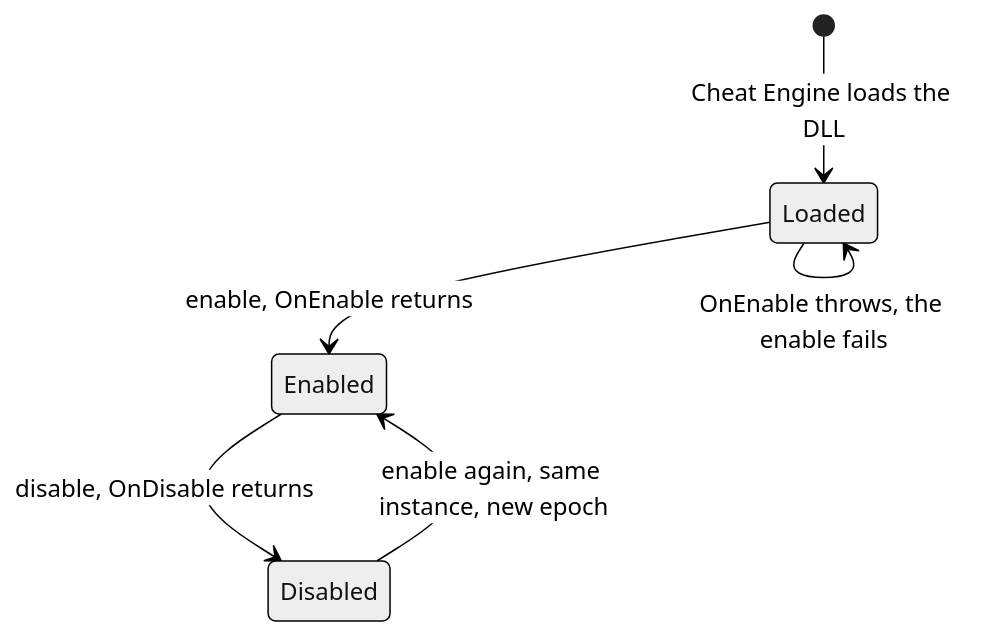
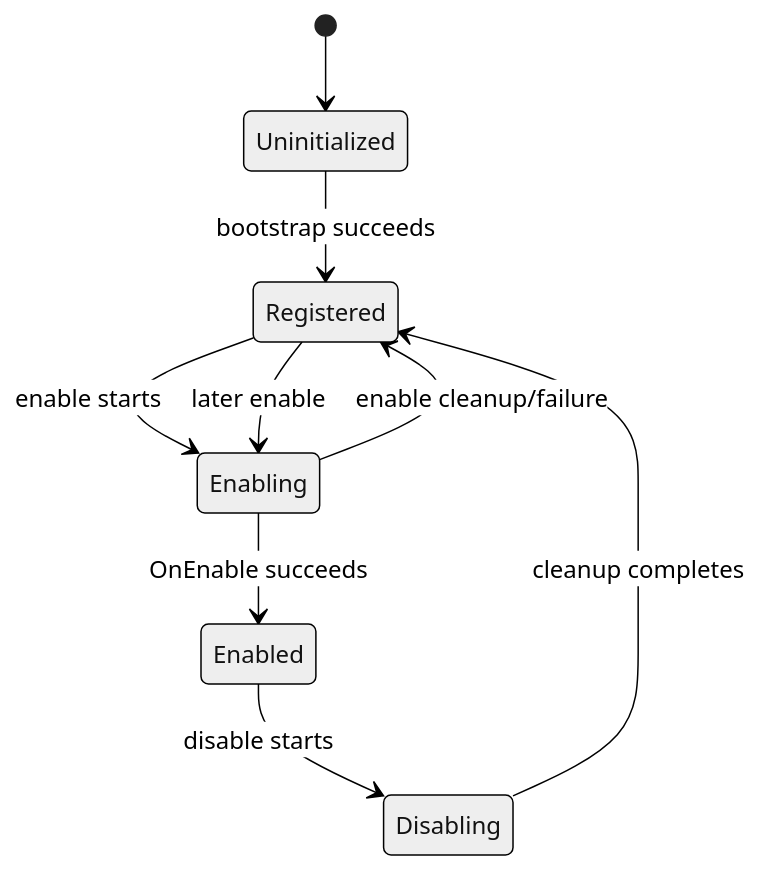
Before and after one commit to CheatEngineNet/CheatEngine.SDK: the second of 2 diagrams in exemples/api/README.md, drawn with Mermaid (neutral theme). The commit also changed other lines of this file and 429 other files, not shown here.

````diff
--- a/exemples/api/README.md
+++ b/exemples/api/README.md
@@ -126,8 +136,11 @@
 ```mermaid
 stateDiagram-v2
-    [*] --> Loaded: Cheat Engine loads the DLL
-    Loaded --> Enabled: enable, OnEnable returns
-    Enabled --> Disabled: disable, OnDisable returns
-    Disabled --> Enabled: enable again, same instance, new epoch
-    Loaded --> Loaded: OnEnable throws, the enable fails
+    [*] --> Uninitialized
+    Uninitialized --> Registered: bootstrap succeeds
+    Registered --> Enabling: enable starts
+    Enabling --> Enabled: OnEnable succeeds
+    Enabling --> Registered: enable cleanup/failure
+    Enabled --> Disabling: disable starts
+    Disabling --> Registered: cleanup completes
+    Registered --> Enabling: later enable
 ```
````
